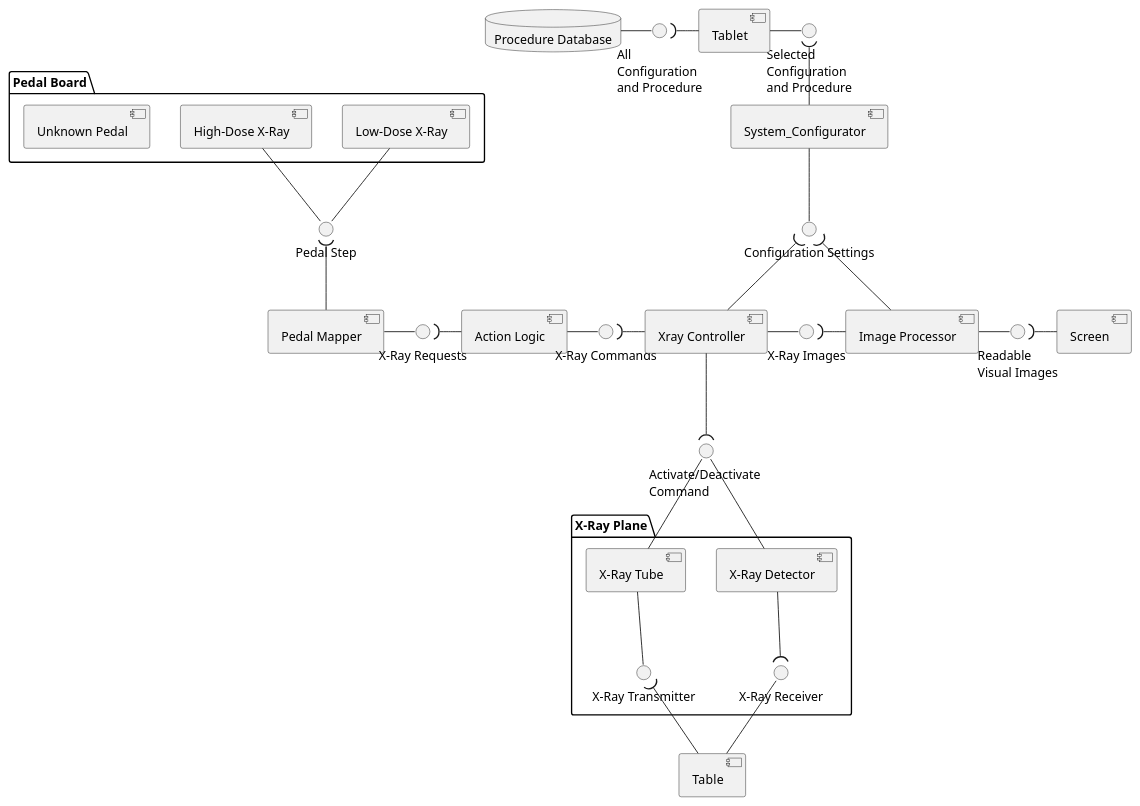
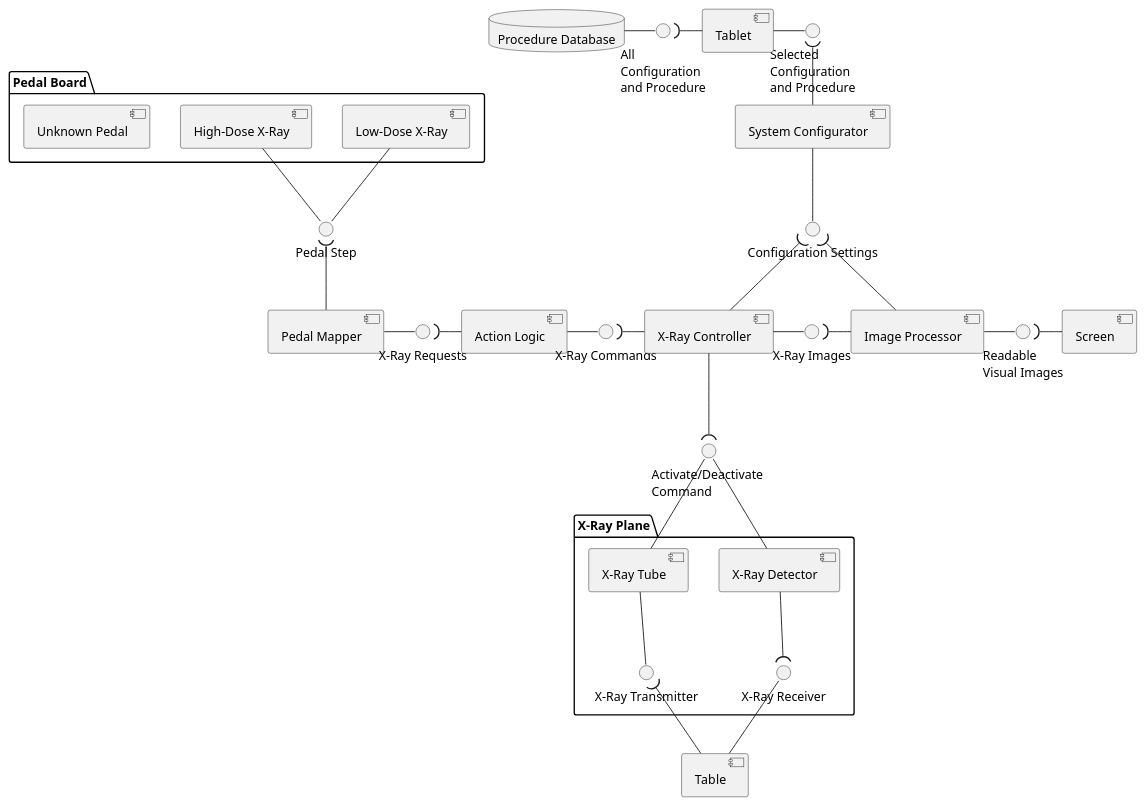
One commit to bartwc/SoftwareSystems changed the diagram in 4-uml/component.puml. Above: the diagram before and after it, drawn with PlantUML. The commit also changed 3 other files, not shown here.

Commit message:
Done - Sequence-Config Diagram Modified - Component Diagram

```diff
--- a/4-uml/component.puml
+++ b/4-uml/component.puml
@@ -1,76 +1,76 @@
 @startuml component
 
 ' Create three components for Pedal
 package "Pedal Board" {
 component [Low-Dose X-Ray] as comp_pedal_low
 component [High-Dose X-Ray] as comp_pedal_high
 component [Unknown Pedal] as comp_pedal_unknown
 }
 
 interface "Pedal Step" as intf_pedal_step
 component [Pedal Mapper] as comp_pedal_mapper
 interface "X-Ray Requests" as intf_xray_req
 component [Action Logic] as comp_act_log
 interface "X-Ray Commands" as intf_xray_commands
-component [Xray Controller] as comp_xray_control
+component [X-Ray Controller] as comp_xray_control
 interface "X-Ray Images" as intf_xray_img
 component [Image Processor] as comp_image_proc
 interface "Readable \nVisual Images" as intf_visual_images
 component [Screen] as comp_screen
 interface "Configuration Settings" as intf_config_set
-component [System_Configurator] as comp_sys_config
+component [System Configurator] as comp_sys_config
 interface "Selected \nConfiguration \nand Procedure" as intf_sys_config_med_proc
 component [Tablet] as comp_tablet
 interface "All \nConfiguration \nand Procedure" as intf_sys_config_comp_set
 database "Procedure Database" as data_proc_data
 
 ' Create two components for Pedal
 package "X-Ray Plane" {
+component [X-Ray Tube] as comp_xray_tube
 component [X-Ray Detector] as comp_xray_detector
-component [X-Ray Tube] as comp_xray_tube
 interface "X-Ray Transmitter" as intf_xray_transmit
 interface "X-Ray Receiver" as intf_xray_receive
 }
 component [Table] as comp_table
 
 interface "Activate/Deactivate \nCommand" as intf_act_deact_comm
 
 ' Part 1 - Design
     comp_pedal_low -- intf_pedal_step
     comp_pedal_high -- intf_pedal_step
     intf_pedal_step )-- comp_pedal_mapper
 
     comp_pedal_mapper -right- intf_xray_req
     intf_xray_req )-right- comp_act_log
 
     comp_act_log -right- intf_xray_commands
     intf_xray_commands )-right- comp_xray_control
 
     comp_xray_control -right- intf_xray_img
     intf_xray_img )-right- comp_image_proc
 
     comp_image_proc -right- intf_visual_images
     intf_visual_images )-right- comp_screen
 
 ' Part 2 - Design
     data_proc_data -right- intf_sys_config_comp_set
     intf_sys_config_comp_set )-right- comp_tablet
 
     comp_tablet -right- intf_sys_config_med_proc
     intf_sys_config_med_proc )-down- comp_sys_config
 
     comp_sys_config -down- intf_config_set
     intf_config_set )-down- comp_xray_control
     intf_config_set )-down- comp_image_proc
 
 ' Part 3 - Design
     comp_xray_tube -down- intf_xray_transmit
     intf_xray_transmit )-down- comp_table
 
     comp_table -up- intf_xray_receive
     intf_xray_receive )-up- comp_xray_detector
 
     comp_xray_tube -up- intf_act_deact_comm
     comp_xray_detector -up- intf_act_deact_comm
     intf_act_deact_comm )-up- comp_xray_control
 @enduml
```
